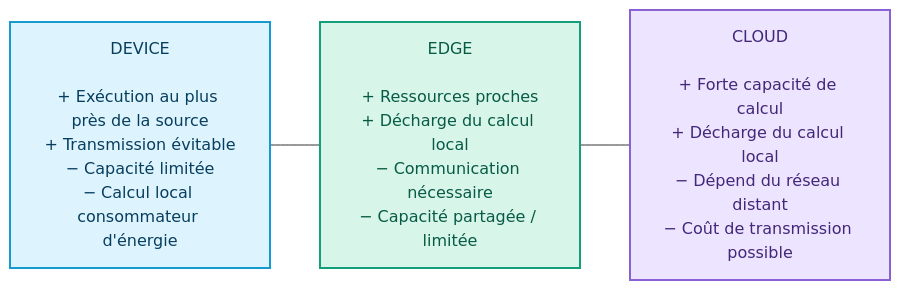
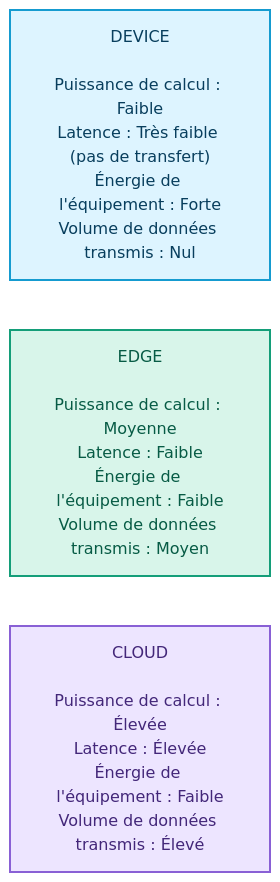
The fourth of 15 diagrams in README.md (ilyes-rhdi/RO_IOT), drawn with Mermaid before and after one commit. The commit also changed other lines of this file, not shown here.

````diff
--- a/README.md
+++ b/README.md
@@ -218,15 +220,10 @@
 ```mermaid
 flowchart LR
-    D["DEVICE<br/><br/>+ Exécution au plus près de la source<br/>+ Transmission évitable<br/>− Capacité limitée<br/>− Calcul local consommateur d'énergie"]
-    E["EDGE<br/><br/>+ Ressources proches<br/>+ Décharge du calcul local<br/>− Communication nécessaire<br/>− Capacité partagée / limitée"]
-    C["CLOUD<br/><br/>+ Forte capacité de calcul<br/>+ Décharge du calcul local<br/>− Dépend du réseau distant<br/>− Coût de transmission possible"]
-
-    D --- E --- C
-
-    classDef device fill:#DDF4FF,stroke:#159BD0,color:#083E5D,stroke-width:2px;
-    classDef edge fill:#D8F5EA,stroke:#149E79,color:#075B45,stroke-width:2px;
-    classDef cloud fill:#EDE5FF,stroke:#8960D5,color:#432779,stroke-width:2px;
-    class D device;
-    class E edge;
-    class C cloud;
+  D["DEVICE<br/><br/>Puissance de calcul : Faible<br/>Latence : Très faible (pas de transfert)<br/>Énergie de l'équipement : Forte<br/>Volume de données transmis : Nul"]
+  E["EDGE<br/><br/>Puissance de calcul : Moyenne<br/>Latence : Faible<br/>Énergie de l'équipement : Faible<br/>Volume de données transmis : Moyen"]
+  C["CLOUD<br/><br/>Puissance de calcul : Élevée<br/>Latence : Élevée<br/>Énergie de l'équipement : Faible<br/>Volume de données transmis : Élevé"]
+  classDef device fill:#DDF4FF,stroke:#159BD0,color:#083E5D,stroke-width:2px;
+  classDef edge fill:#D8F5EA,stroke:#149E79,color:#075B45,stroke-width:2px;
+  classDef cloud fill:#EDE5FF,stroke:#8960D5,color:#432779,stroke-width:2px;
+  class D device; class E edge; class C cloud;
 ```
````
